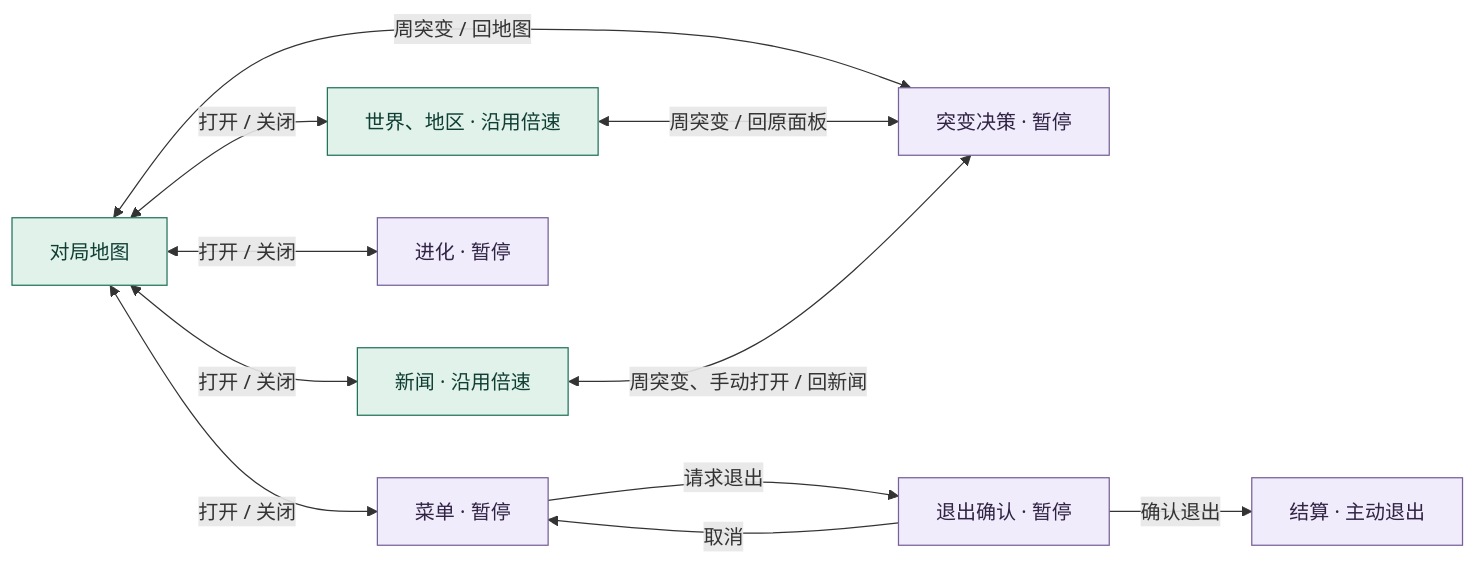
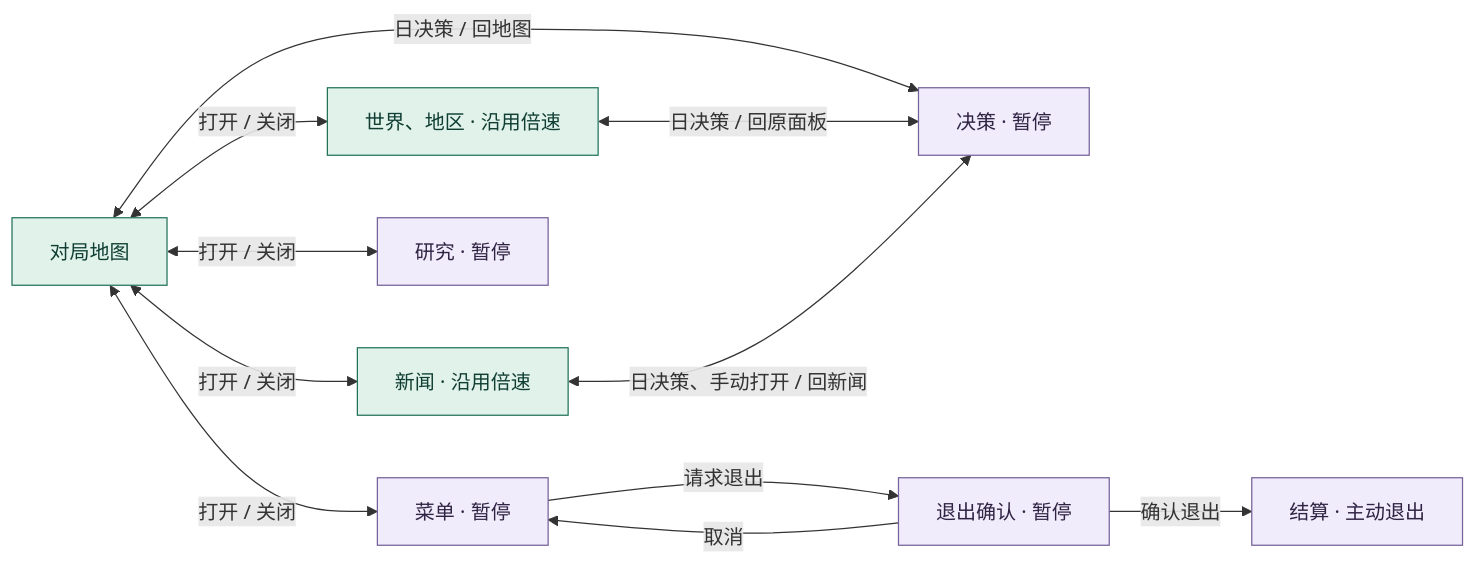
Before and after one commit to MixGeeker/si-inc: the second of 2 diagrams in docs/game-architecture.md, drawn with Mermaid. The commit also changed other lines of this file and 61 other files, not shown here.

````diff
--- a/docs/game-architecture.md
+++ b/docs/game-architecture.md
@@ -94,18 +98,18 @@
 ```mermaid
 flowchart LR
     accTitle: 标准对局内的面板和有效速度
     Map["对局地图"] <-->|打开 / 关闭| Views["世界、地区 · 沿用倍速"]
     Map <-->|打开 / 关闭| News["新闻 · 沿用倍速"]
-    Map <-->|打开 / 关闭| Evolution["进化 · 暂停"]
+    Map <-->|打开 / 关闭| Evolution["研究 · 暂停"]
     Map <-->|打开 / 关闭| Menu["菜单 · 暂停"]
-    Map <-->|周突变 / 回地图| Decision["突变决策 · 暂停"]
-    Views <-->|周突变 / 回原面板| Decision
-    News <-->|周突变、手动打开 / 回新闻| Decision
+    Map <-->|日决策 / 回地图| Decision["决策 · 暂停"]
+    Views <-->|日决策 / 回原面板| Decision
+    News <-->|日决策、手动打开 / 回新闻| Decision
     Menu -->|请求退出| Confirm["退出确认 · 暂停"]
     Confirm -->|取消| Menu
     Confirm -->|确认退出| Ending["结算 · 主动退出"]
     classDef live fill:#e0f2ea,stroke:#23735c,color:#103e33
     classDef paused fill:#f0ecfb,stroke:#76619a,color:#302344
     class Map,Views,News live
     class Evolution,Menu,Decision,Confirm,Ending paused
 ```
````
